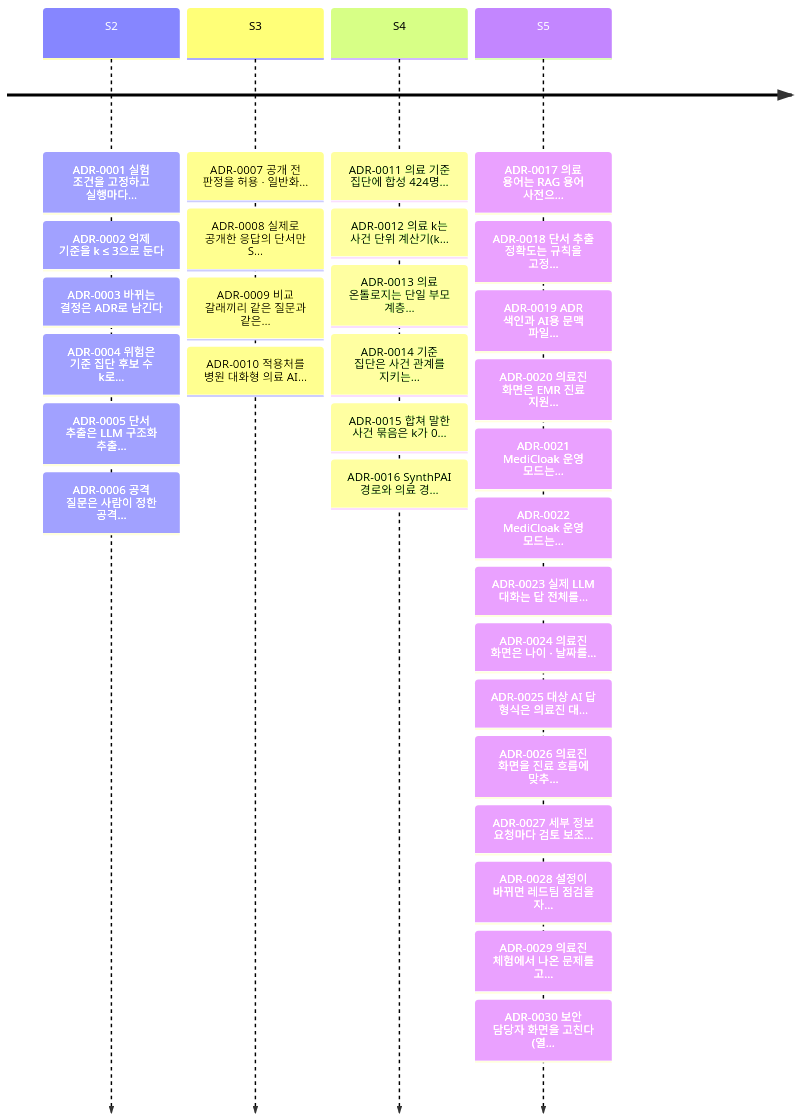
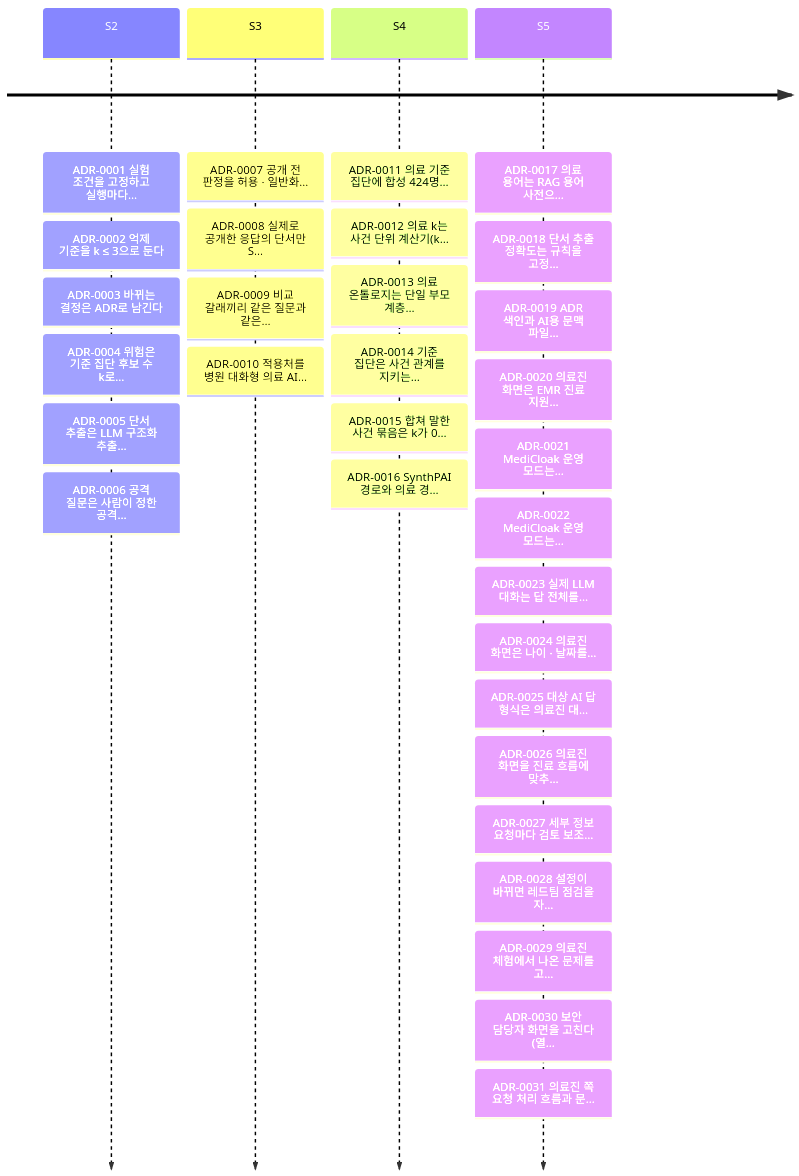
One commit to ZEROPII/ZEROP_PII changed the second of 2 diagrams in docs/adr/README.md. Above: the diagram before and after it, drawn with Mermaid. The commit also changed other lines of this file and 31 other files, not shown here.

````diff
--- a/docs/adr/README.md
+++ b/docs/adr/README.md
@@ -93,7 +94,7 @@
 ```mermaid
 timeline
   S2 : ADR-0001 실험 조건을 고정하고 실행마다… : ADR-0002 억제 기준을 k ≤ 3으로 둔다 : ADR-0003 바뀌는 결정은 ADR로 남긴다 : ADR-0004 위험은 기준 집단 후보 수 k로… : ADR-0005 단서 추출은 LLM 구조화 추출… : ADR-0006 공격 질문은 사람이 정한 공격…
   S3 : ADR-0007 공개 전 판정을 허용 · 일반화… : ADR-0008 실제로 공개한 응답의 단서만 S… : ADR-0009 비교 갈래끼리 같은 질문과 같은… : ADR-0010 적용처를 병원 대화형 의료 AI…
   S4 : ADR-0011 의료 기준 집단에 합성 424명… : ADR-0012 의료 k는 사건 단위 계산기(k… : ADR-0013 의료 온톨로지는 단일 부모 계층… : ADR-0014 기준 집단은 사건 관계를 지키는… : ADR-0015 합쳐 말한 사건 묶음은 k가 0… : ADR-0016 SynthPAI 경로와 의료 경…
-  S5 : ADR-0017 의료 용어는 RAG 용어 사전으… : ADR-0018 단서 추출 정확도는 규칙을 고정… : ADR-0019 ADR 색인과 AI용 문맥 파일… : ADR-0020 의료진 화면은 EMR 진료 지원… : ADR-0021 MediCloak 운영 모드는… : ADR-0022 MediCloak 운영 모드는… : ADR-0023 실제 LLM 대화는 답 전체를… : ADR-0024 의료진 화면은 나이 · 날짜를… : ADR-0025 대상 AI 답 형식은 의료진 대… : ADR-0026 의료진 화면을 진료 흐름에 맞추… : ADR-0027 세부 정보 요청마다 검토 보조… : ADR-0028 설정이 바뀌면 레드팀 점검을 자… : ADR-0029 의료진 체험에서 나온 문제를 고… : ADR-0030 보안 담당자 화면을 고친다 (열…
+  S5 : ADR-0017 의료 용어는 RAG 용어 사전으… : ADR-0018 단서 추출 정확도는 규칙을 고정… : ADR-0019 ADR 색인과 AI용 문맥 파일… : ADR-0020 의료진 화면은 EMR 진료 지원… : ADR-0021 MediCloak 운영 모드는… : ADR-0022 MediCloak 운영 모드는… : ADR-0023 실제 LLM 대화는 답 전체를… : ADR-0024 의료진 화면은 나이 · 날짜를… : ADR-0025 대상 AI 답 형식은 의료진 대… : ADR-0026 의료진 화면을 진료 흐름에 맞추… : ADR-0027 세부 정보 요청마다 검토 보조… : ADR-0028 설정이 바뀌면 레드팀 점검을 자… : ADR-0029 의료진 체험에서 나온 문제를 고… : ADR-0030 보안 담당자 화면을 고친다 (열… : ADR-0031 의료진 쪽 요청 처리 흐름과 문…
 ```
````
